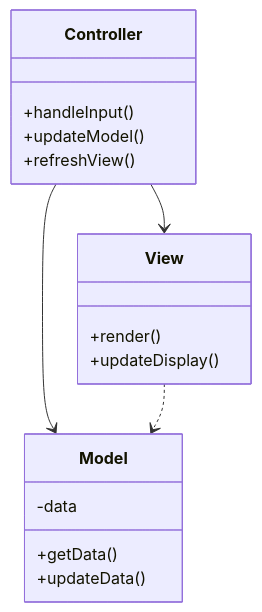
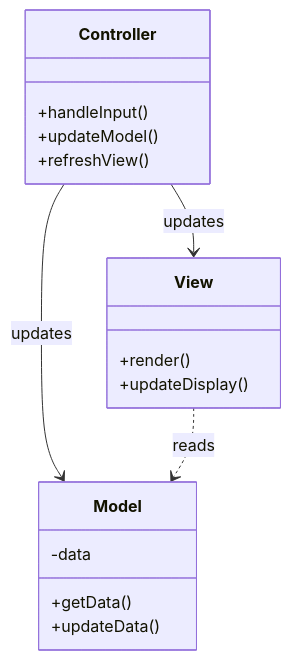
The eighth of 8 diagrams in design_patterns.md (TechFille006/OOP), drawn with Mermaid before and after one commit. The commit also changed other lines of this file, not shown here.

````diff
--- a/design_patterns.md
+++ b/design_patterns.md
@@ -238,20 +238,20 @@
 ```mermaid
 classDiagram
     class Model {
         -data
         +getData()
         +updateData()
     }
     class View {
         +render()
         +updateDisplay()
     }
     class Controller {
         +handleInput()
         +updateModel()
         +refreshView()
     }
-    Controller --> Model
-    Controller --> View
-    View ..> Model
+    Controller --> Model : updates
+    Controller --> View : updates
+    View ..> Model : reads
 ```
````
